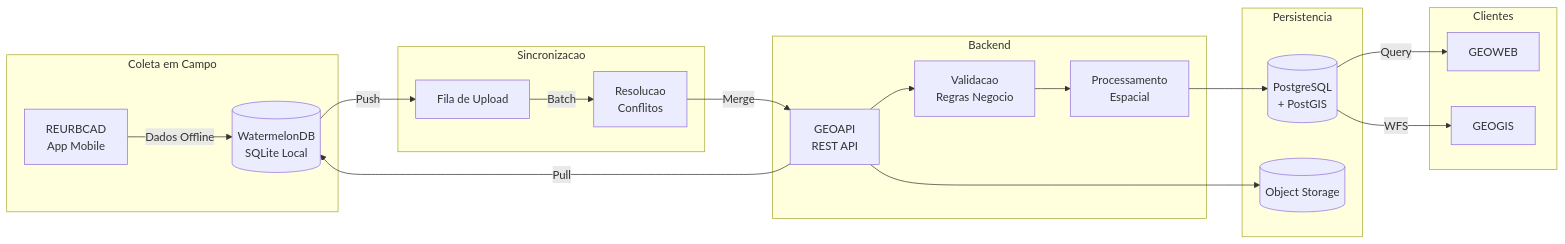
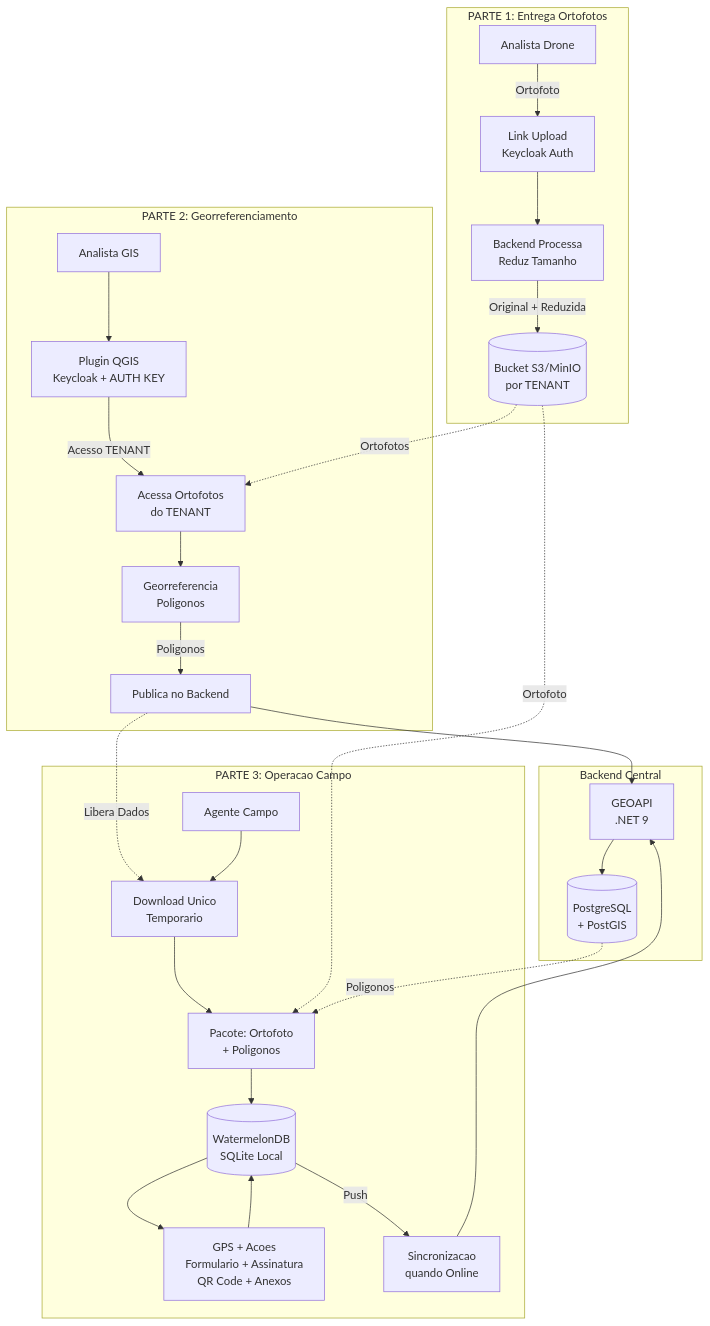
One commit to Thalesvpr/carf-docs changed the diagram in CENTRAL/ARCHITECTURE/DIAGRAMS/02-data-flow.md. Above: the diagram before and after it, drawn with Mermaid. The commit also changed other lines of this file and 852 other files, not shown here.

````diff
--- a/CENTRAL/ARCHITECTURE/DIAGRAMS/02-data-flow.md
+++ b/CENTRAL/ARCHITECTURE/DIAGRAMS/02-data-flow.md
@@ -11,43 +11,57 @@
 ```mermaid
-flowchart LR
-    subgraph Campo["Coleta em Campo"]
-        Mobile["REURBCAD<br/>App Mobile"]
-        LocalDB[("WatermelonDB<br/>SQLite Local")]
+flowchart TB
+    subgraph PARTE1["PARTE 1: Entrega Ortofotos"]
+        Drone["Analista Drone"]
+        Upload["Link Upload<br/>Keycloak Auth"]
+        Processa["Backend Processa<br/>Reduz Tamanho"]
+        Bucket[("Bucket S3/MinIO<br/>por TENANT")]
     end
 
-    subgraph Sync["Sincronizacao"]
-        Queue["Fila de Upload"]
-        Conflict["Resolucao<br/>Conflitos"]
+    subgraph PARTE2["PARTE 2: Georreferenciamento"]
+        AnalistaGIS["Analista GIS"]
+        Plugin["Plugin QGIS<br/>Keycloak + AUTH KEY"]
+        Ortofotos["Acessa Ortofotos<br/>do TENANT"]
+        Georref["Georreferencia<br/>Poligonos"]
+        Publica["Publica no Backend"]
     end
 
-    subgraph API["Backend"]
-        GEOAPI["GEOAPI<br/>REST API"]
-        Validation["Validacao<br/>Regras Negocio"]
-        Spatial["Processamento<br/>Espacial"]
+    subgraph PARTE3["PARTE 3: Operacao Campo"]
+        Agente["Agente Campo"]
+        Download["Download Unico<br/>Temporario"]
+        Pacote["Pacote: Ortofoto<br/>+ Poligonos"]
+        LocalDB[("WatermelonDB<br/>SQLite Local")]
+        Operacao["GPS + Acoes<br/>Formulario + Assinatura<br/>QR Code + Anexos"]
+        Sync["Sincronizacao<br/>quando Online"]
     end
 
-    subgraph Storage["Persistencia"]
+    subgraph Backend["Backend Central"]
+        GEOAPI["GEOAPI<br/>.NET 9"]
         POSTGRES[("PostgreSQL<br/>+ PostGIS")]
-        Files[("Object Storage")]
     end
 
-    subgraph Clients["Clientes"]
-        GEOWEB["GEOWEB"]
-        GEOGIS["GEOGIS"]
-    end
+    %% PARTE 1: Drone -> Backend -> Bucket
+    Drone -->|"Ortofoto"| Upload
+    Upload --> Processa
+    Processa -->|"Original + Reduzida"| Bucket
 
-    Mobile -->|"Dados Offline"| LocalDB
-    LocalDB -->|"Push"| Queue
-    Queue -->|"Batch"| Conflict
-    Conflict -->|"Merge"| GEOAPI
+    %% PARTE 2: Plugin -> Georref -> Publica
+    AnalistaGIS --> Plugin
+    Plugin -->|"Acesso TENANT"| Ortofotos
+    Bucket -.->|"Ortofotos"| Ortofotos
+    Ortofotos --> Georref
+    Georref -->|"Poligonos"| Publica
+    Publica --> GEOAPI
+    GEOAPI --> POSTGRES
 
-    GEOAPI -->|"Pull"| LocalDB
-
-    GEOAPI --> Validation
-    Validation --> Spatial
-    Spatial --> POSTGRES
-    GEOAPI --> Files
-
-    POSTGRES -->|"Query"| GEOWEB
-    POSTGRES -->|"WFS"| GEOGIS
+    %% PARTE 3: Campo (so apos publicacao)
+    Publica -.->|"Libera Dados"| Download
+    Agente --> Download
+    Download --> Pacote
+    Bucket -.->|"Ortofoto"| Pacote
+    POSTGRES -.->|"Poligonos"| Pacote
+    Pacote --> LocalDB
+    LocalDB --> Operacao
+    Operacao --> LocalDB
+    LocalDB -->|"Push"| Sync
+    Sync --> GEOAPI
 ```
````
